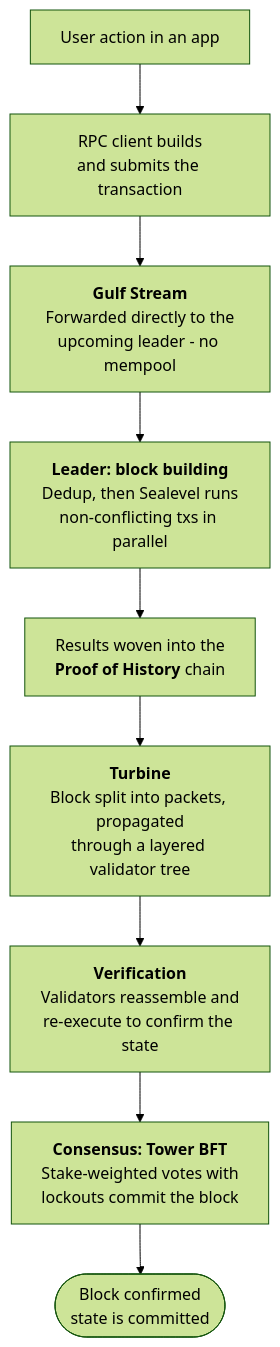
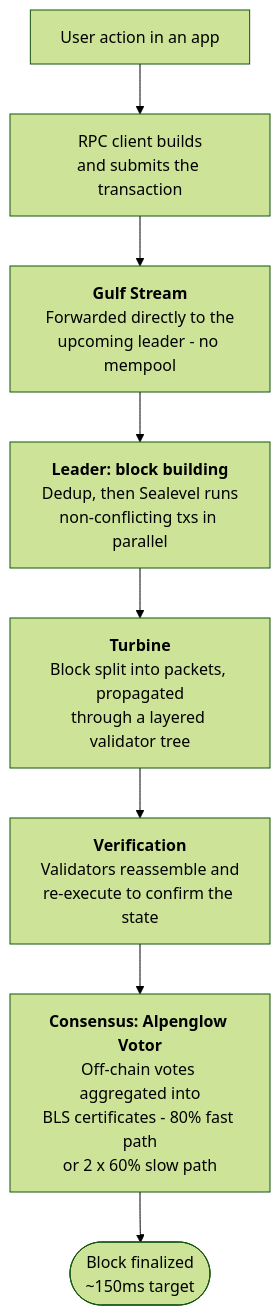
The first of 2 diagrams in module-1-solana-overview/README.md (solana-foundation/solana-enterprise-training), drawn with Mermaid (forest theme) before and after one commit. The commit also changed other lines of this file and 27 other files, not shown here.

````diff
--- a/module-1-solana-overview/README.md
+++ b/module-1-solana-overview/README.md
@@ -64,11 +76,10 @@
 ```mermaid
 flowchart TD
     U["User action in an app"] --> RPC["RPC client builds<br/>and submits the transaction"]
     RPC --> GS["<b>Gulf Stream</b><br/>Forwarded directly to the<br/>upcoming leader - no mempool"]
     GS --> LE["<b>Leader: block building</b><br/>Dedup, then Sealevel runs<br/>non-conflicting txs in parallel"]
-    LE --> POH["Results woven into the<br/><b>Proof of History</b> chain"]
-    POH --> TB["<b>Turbine</b><br/>Block split into packets, propagated<br/>through a layered validator tree"]
+    LE --> TB["<b>Turbine</b><br/>Block split into packets, propagated<br/>through a layered validator tree"]
     TB --> VV["<b>Verification</b><br/>Validators reassemble and<br/>re-execute to confirm the state"]
-    VV --> CB["<b>Consensus: Tower BFT</b><br/>Stake-weighted votes with<br/>lockouts commit the block"]
-    CB --> FIN(["Block confirmed<br/>state is committed"])
+    VV --> CB["<b>Consensus: Alpenglow Votor</b><br/>Off-chain votes aggregated into<br/>BLS certificates - 80% fast path<br/>or 2 x 60% slow path"]
+    CB --> FIN(["Block finalized<br/>~150ms target"])
 ```
````
